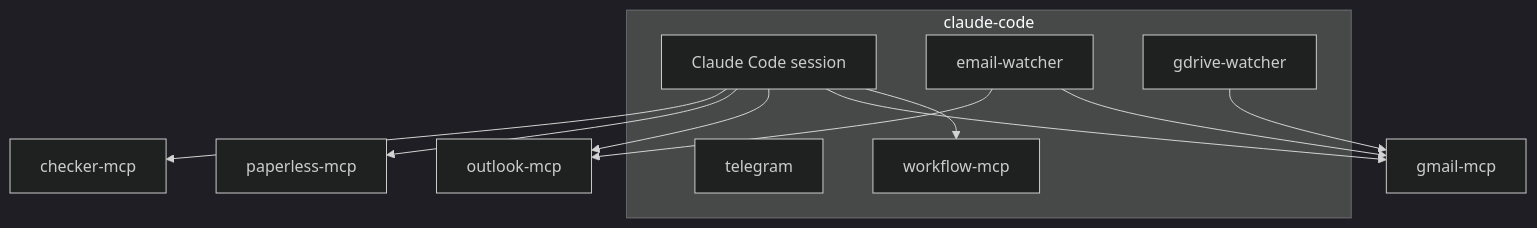
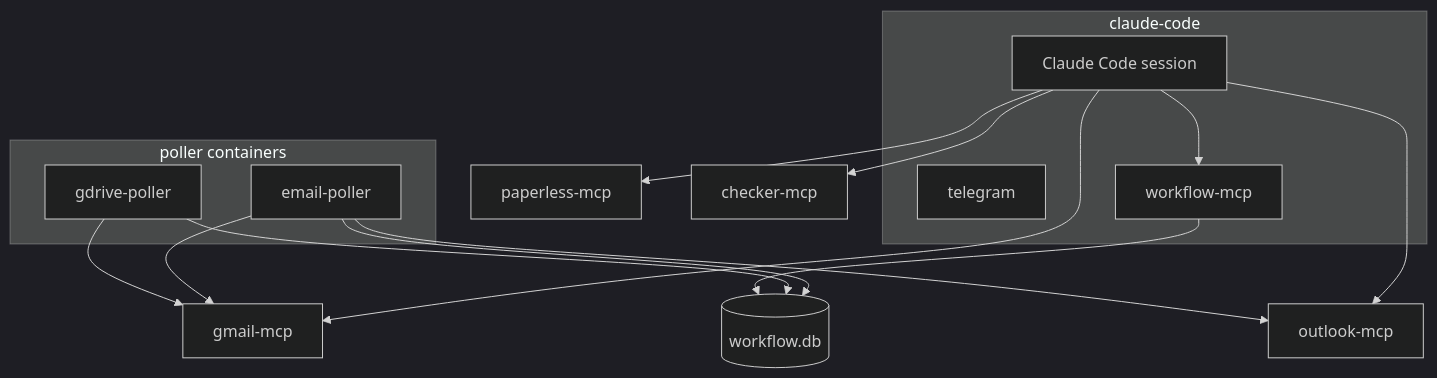
The diagram in docs/architecture.md (mcsdodo/personal-assistant), drawn with Mermaid (dark theme) before and after one commit. The commit also changed other lines of this file and 6 other files, not shown here.

````diff
--- a/docs/architecture.md
+++ b/docs/architecture.md
@@ -7,24 +7,31 @@
 ```mermaid
 flowchart TB
     subgraph cc[claude-code]
         claude[Claude Code session]
-        email[email-watcher]
-        drive[gdrive-watcher]
         tg[telegram]
         workflow[workflow-mcp]
+    end
+
+    subgraph pollers[poller containers]
+        emailp[email-poller]
+        drivep[gdrive-poller]
     end
 
     gmail[gmail-mcp]
     outlook[outlook-mcp]
     paperless[paperless-mcp]
     checker[checker-mcp]
+    db[(workflow.db)]
 
     claude --> workflow
     claude --> gmail
     claude --> outlook
     claude --> paperless
     claude --> checker
-    email --> gmail
-    email --> outlook
-    drive --> gmail
+    emailp --> gmail
+    emailp --> outlook
+    emailp --> db
+    drivep --> gmail
+    drivep --> db
+    workflow --> db
 ```
````
